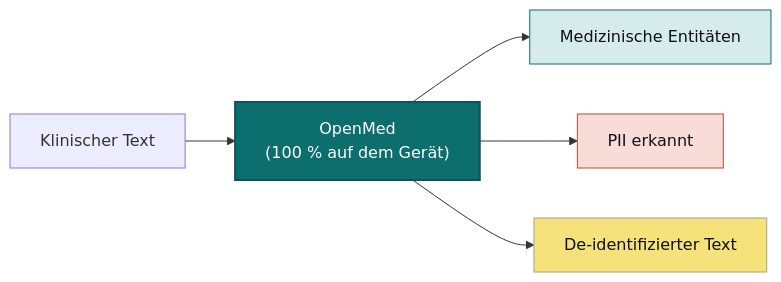
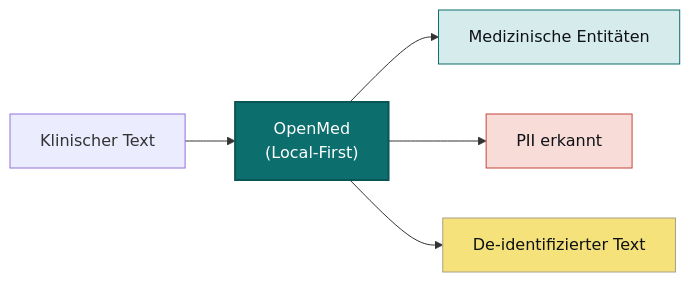
The diagram in README.de.md (maziyarpanahi/openmed), drawn with Mermaid before and after one commit. The commit also changed other lines of this file, not shown here.

````diff
--- a/README.de.md
+++ b/README.de.md
@@ -126,11 +119,11 @@
 ```mermaid
 flowchart LR
-    A["Klinischer Text"] --> B["OpenMed<br/>(100 % auf dem Gerät)"]
+    A["Klinischer Text"] --> B["OpenMed<br/>(Local-First)"]
     B --> C["Medizinische Entitäten"]
     B --> D["PII erkannt"]
     B --> E["De-identifizierter Text"]
     style B fill:#0D6E6E,stroke:#0A5656,stroke-width:2px,color:#ffffff
     style C fill:#D6EBEB,stroke:#0D6E6E,color:#0E1116
     style D fill:#F7DCD8,stroke:#C5453A,color:#0E1116
     style E fill:#F5E27A,stroke:#A9A088,color:#0E1116
 ```
````
